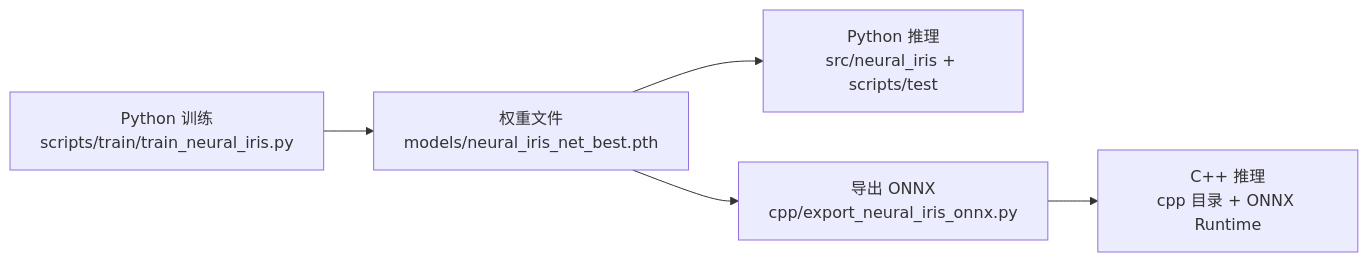
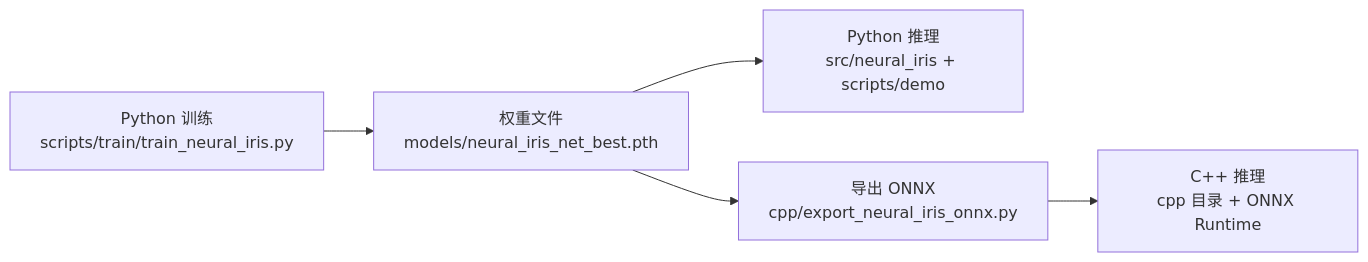
Before and after one commit to Hiashekiy/Neural-IRIS: the diagram in README.md, drawn with Mermaid. The commit also changed other lines of this file and 2 other files, not shown here.

Commit message:
将效果演示脚本从 scripts/test 迁移到 scripts/demo

````diff
--- a/README.md
+++ b/README.md
@@ -15,7 +15,7 @@
 ```mermaid
 flowchart LR
     T[Python 训练<br/>scripts/train/train_neural_iris.py] --> W[权重文件<br/>models/neural_iris_net_best.pth]
-    W --> P[Python 推理<br/>src/neural_iris + scripts/test]
+    W --> P[Python 推理<br/>src/neural_iris + scripts/demo]
     W --> E[导出 ONNX<br/>cpp/export_neural_iris_onnx.py]
     E --> C[C++ 推理<br/>cpp 目录 + ONNX Runtime]
 ```
````
